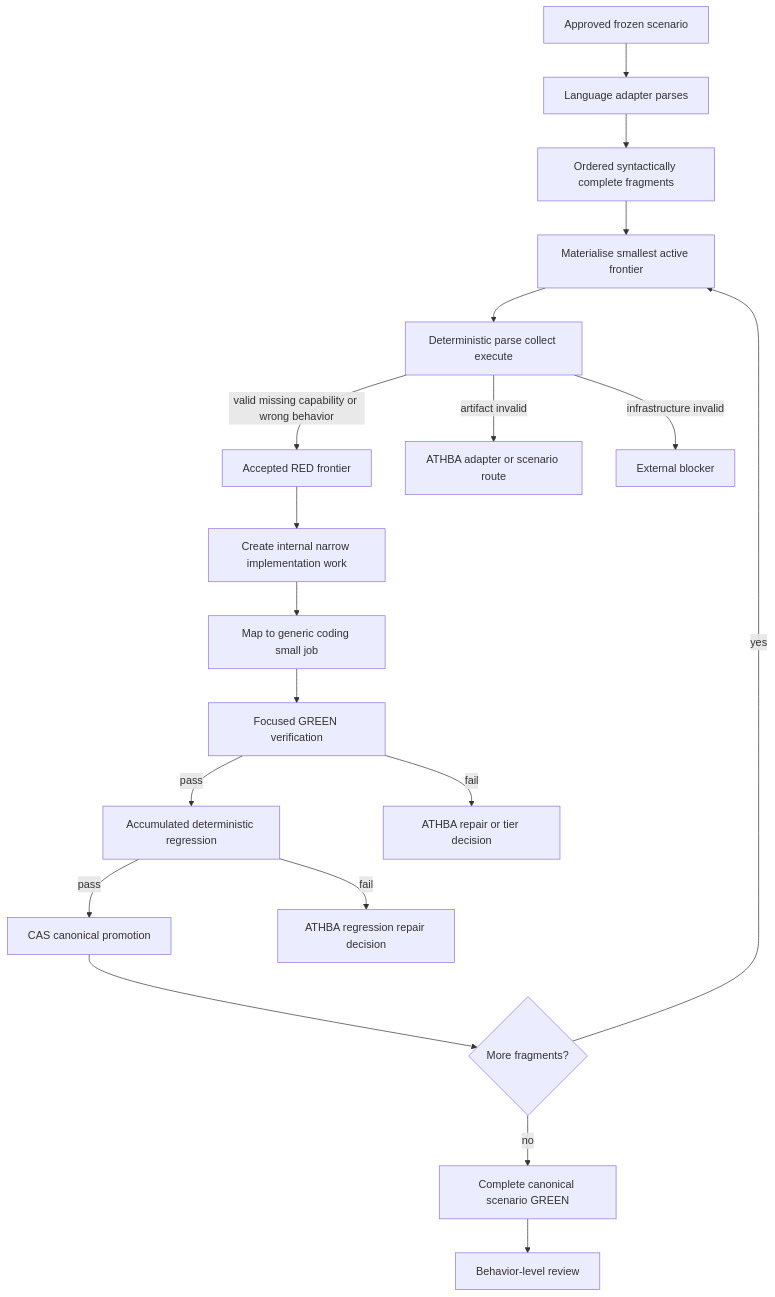
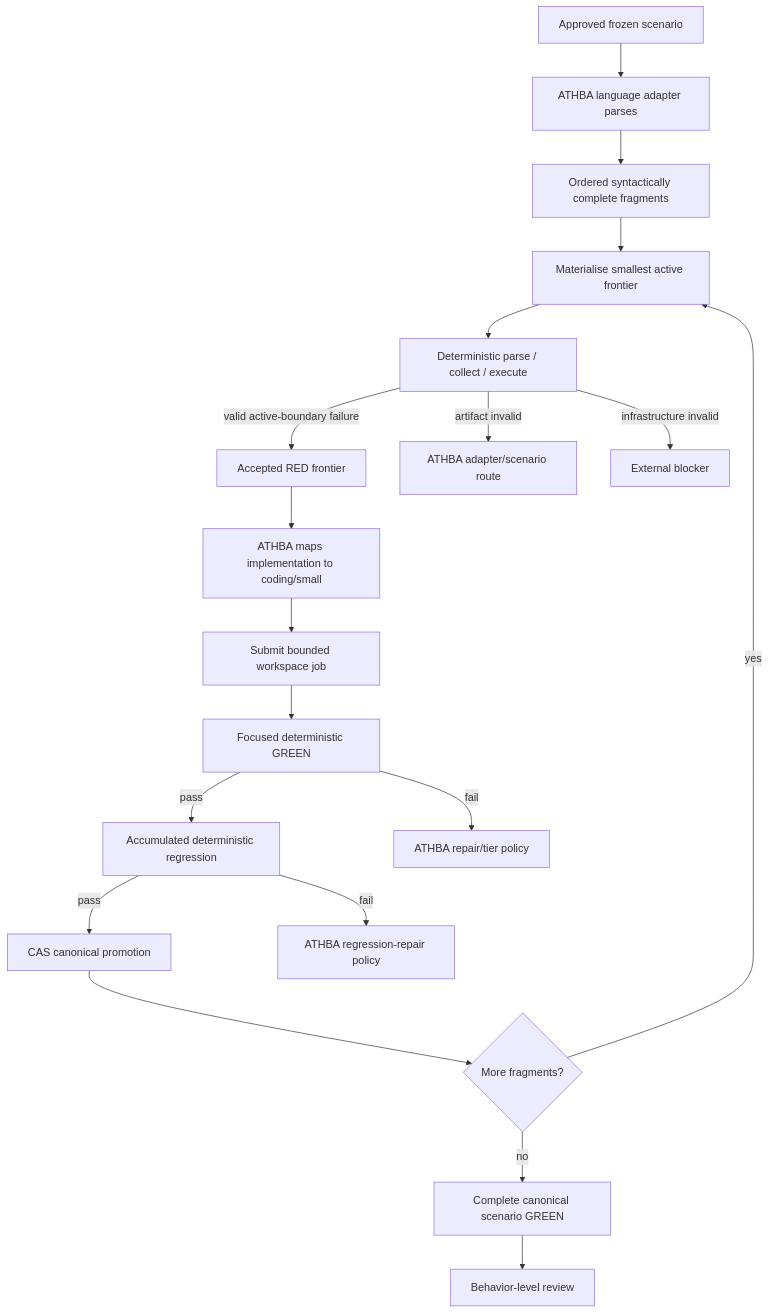
One commit to Tommyboyjedi/ATHBA changed the second of 9 diagrams in docs/pr23_worker_routing_state_machines.md. Above: the diagram before and after it, drawn with Mermaid. The commit also changed other lines of this file, not shown here.

Commit message:
docs: align routing state machines with workspace port

````diff
--- a/docs/pr23_worker_routing_state_machines.md
+++ b/docs/pr23_worker_routing_state_machines.md
@@ -110,21 +40,21 @@
 ```mermaid
 flowchart TD
-    A[Approved frozen scenario] --> B[Language adapter parses]
+    A[Approved frozen scenario] --> B[ATHBA language adapter parses]
     B --> C[Ordered syntactically complete fragments]
     C --> D[Materialise smallest active frontier]
-    D --> E[Deterministic parse collect execute]
-    E -->|valid missing capability or wrong behavior| F[Accepted RED frontier]
-    E -->|artifact invalid| G[ATHBA adapter or scenario route]
+    D --> E[Deterministic parse / collect / execute]
+    E -->|valid active-boundary failure| F[Accepted RED frontier]
+    E -->|artifact invalid| G[ATHBA adapter/scenario route]
     E -->|infrastructure invalid| H[External blocker]
-    F --> I[Create internal narrow implementation work]
-    I --> J[Map to generic coding small job]
-    J --> K[Focused GREEN verification]
+    F --> I[ATHBA maps implementation to coding/small]
+    I --> J[Submit bounded workspace job]
+    J --> K[Focused deterministic GREEN]
     K -->|pass| L[Accumulated deterministic regression]
-    K -->|fail| M[ATHBA repair or tier decision]
+    K -->|fail| M[ATHBA repair/tier policy]
     L -->|pass| N[CAS canonical promotion]
-    L -->|fail| O[ATHBA regression repair decision]
+    L -->|fail| O[ATHBA regression-repair policy]
     N --> P{More fragments?}
     P -->|yes| D
     P -->|no| Q[Complete canonical scenario GREEN]
     Q --> R[Behavior-level review]
 ```
````
